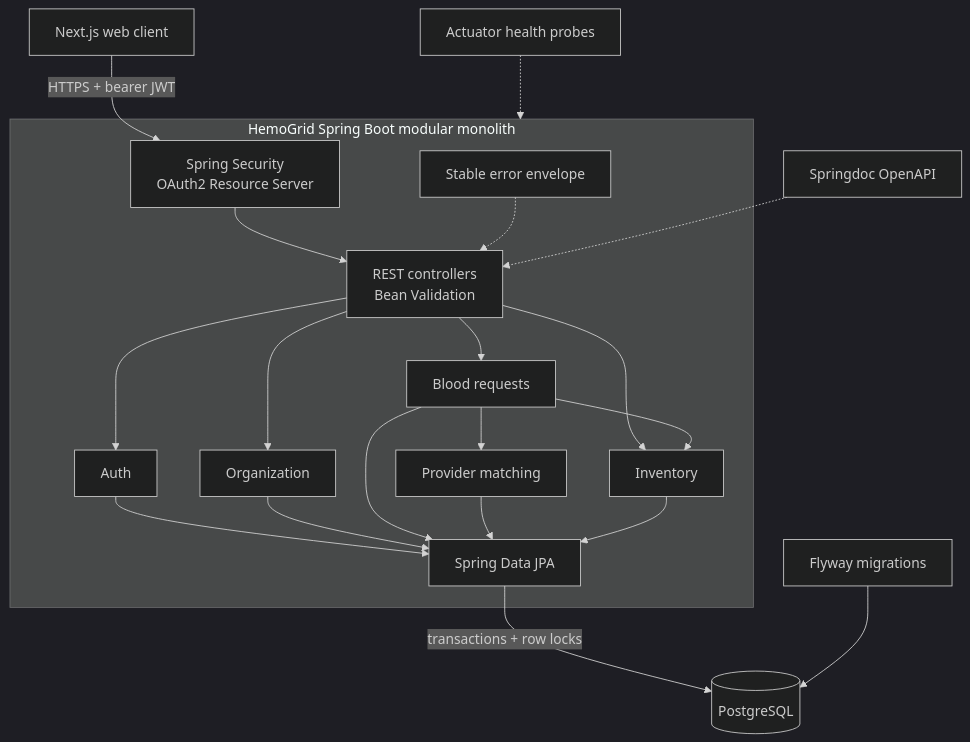
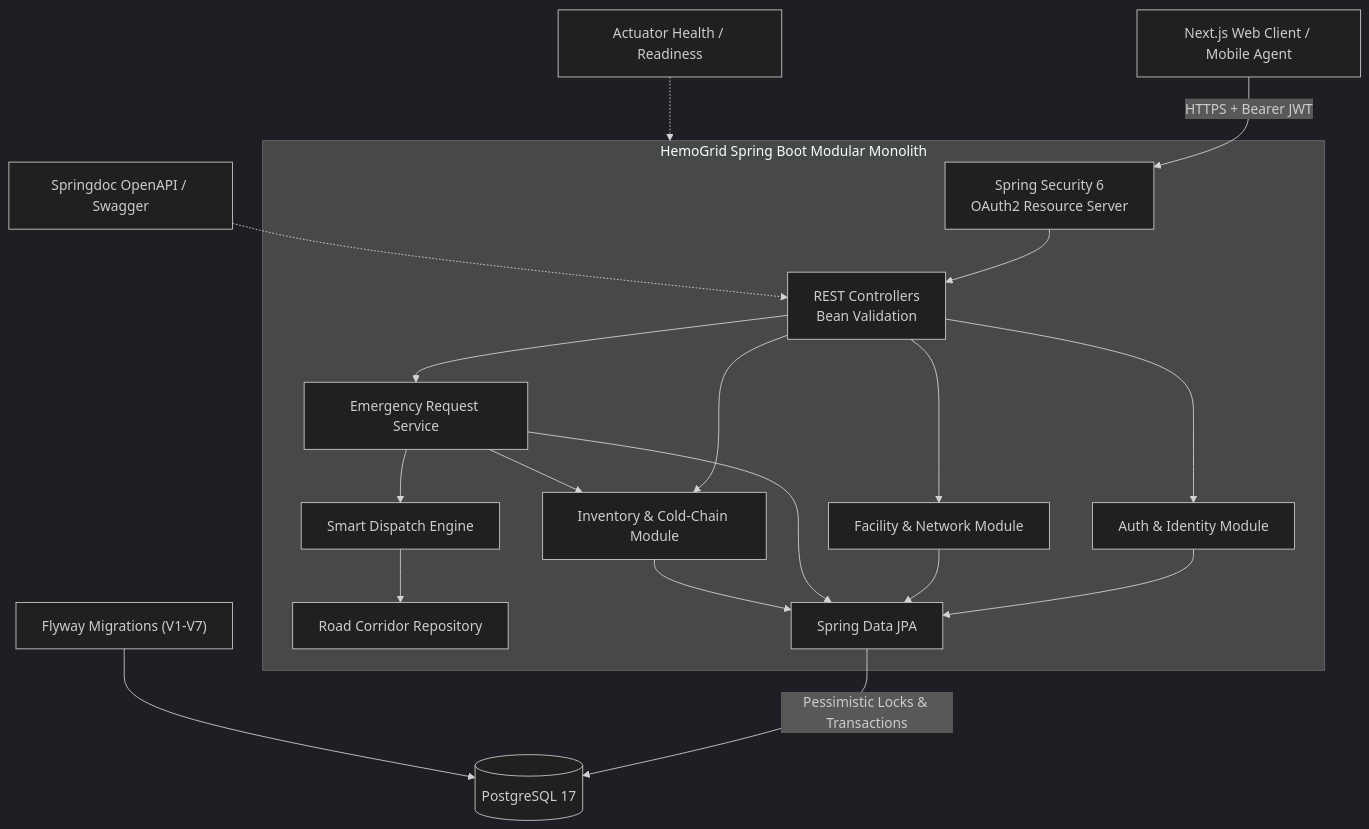
Before and after one commit to Team-Relay/hemo-grid-backend: the diagram in README.md, drawn with Mermaid (dark theme). The commit also changed other lines of this file and 6 other files, not shown here.

````diff
--- a/README.md
+++ b/README.md
@@ -45,25 +88,24 @@
 ```mermaid
 flowchart TB
-    Client["Next.js web client"] -->|"HTTPS + bearer JWT"| Security["Spring Security<br/>OAuth2 Resource Server"]
+    Client["Next.js Web Client / Mobile Agent"] -->|"HTTPS + Bearer JWT"| Security["Spring Security 6<br/>OAuth2 Resource Server"]
 
-    subgraph Backend["HemoGrid Spring Boot modular monolith"]
-        Security --> Controllers["REST controllers<br/>Bean Validation"]
-        Controllers --> Auth["Auth"]
-        Controllers --> Organization["Organization"]
-        Controllers --> Requests["Blood requests"]
-        Controllers --> Inventory["Inventory"]
-        Requests --> Matching["Provider matching"]
-        Requests --> Inventory
-        Auth --> Data["Spring Data JPA"]
-        Organization --> Data
-        Requests --> Data
-        Matching --> Data
-        Inventory --> Data
-        Errors["Stable error envelope"] -.-> Controllers
+    subgraph Backend["HemoGrid Spring Boot Modular Monolith"]
+        Security --> Controllers["REST Controllers<br/>Bean Validation"]
+        Controllers --> AuthModule["Auth & Identity Module"]
+        Controllers --> OrgModule["Facility & Network Module"]
+        Controllers --> RequestModule["Emergency Request Service"]
+        Controllers --> InventoryModule["Inventory & Cold-Chain Module"]
+        RequestModule --> MatchingService["Smart Dispatch Engine"]
+        MatchingService --> CorridorRepo["Road Corridor Repository"]
+        RequestModule --> InventoryModule
+        AuthModule --> Persistence["Spring Data JPA"]
+        OrgModule --> Persistence
+        RequestModule --> Persistence
+        InventoryModule --> Persistence
     end
 
-    Data -->|"transactions + row locks"| PostgreSQL[(PostgreSQL)]
-    Flyway["Flyway migrations"] --> PostgreSQL
-    OpenAPI["Springdoc OpenAPI"] -.-> Controllers
-    Actuator["Actuator health probes"] -.-> Backend
+    Persistence -->|"Pessimistic Locks & Transactions"| Postgres[(PostgreSQL 17)]
+    Flyway["Flyway Migrations (V1-V7)"] --> Postgres
+    Actuator["Actuator Health / Readiness"] -.-> Backend
+    OpenAPI["Springdoc OpenAPI / Swagger"] -.-> Controllers
 ```
````
